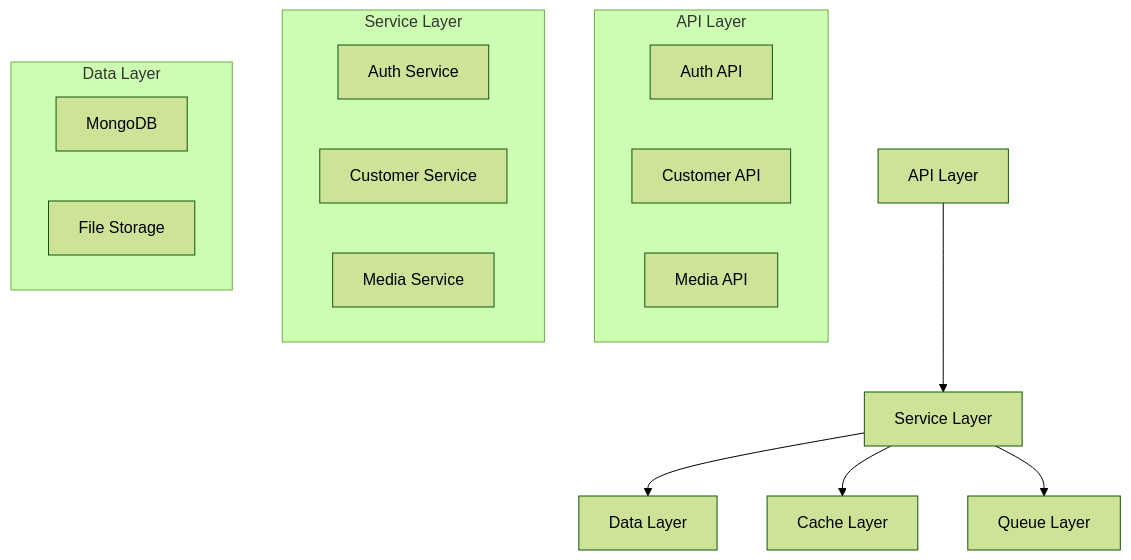
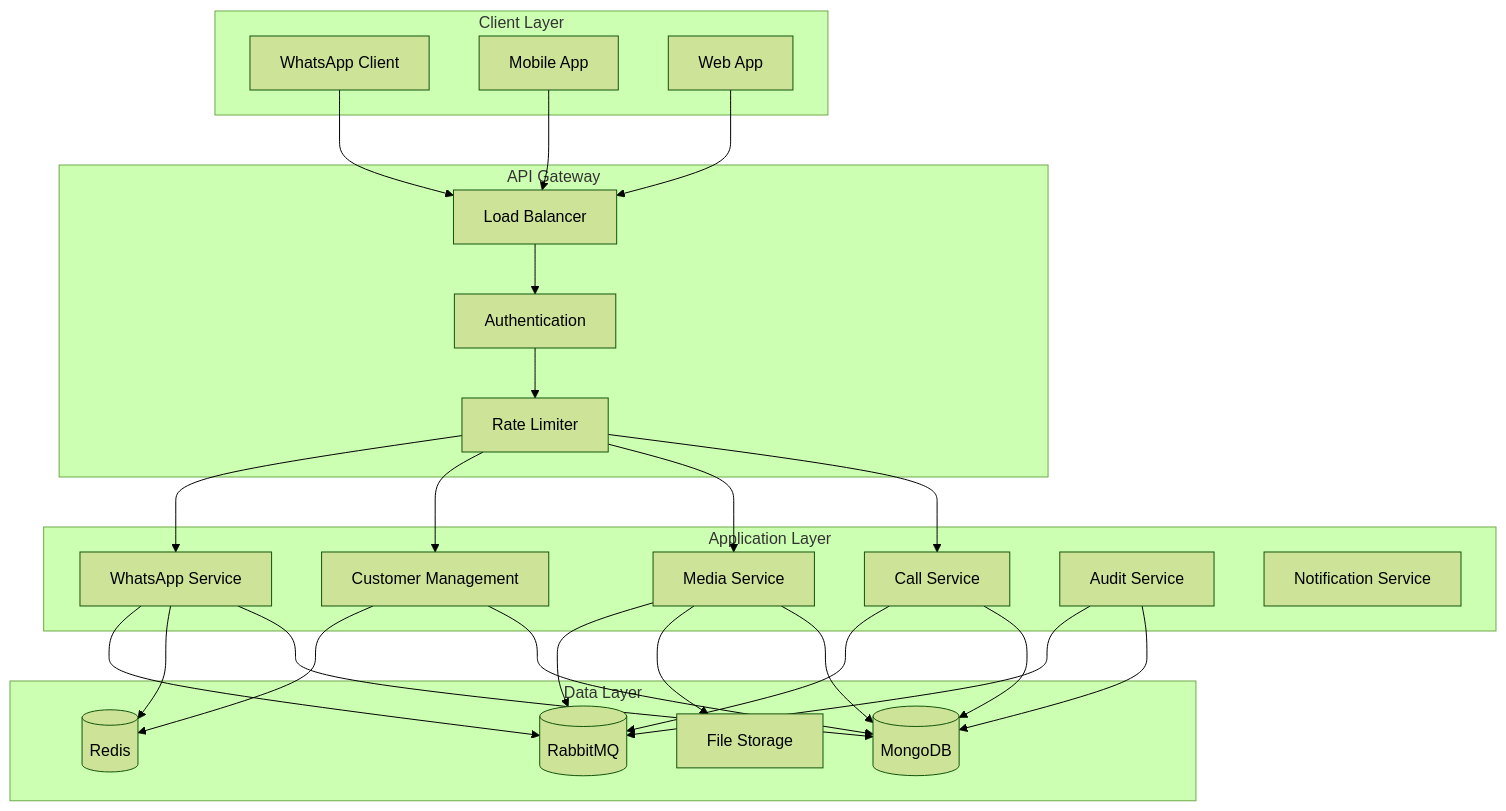
The first of 6 diagrams in README.md (solvejet/pixe-whatspp), drawn with Mermaid (forest theme) before and after one commit. The commit also changed other lines of this file, not shown here.

````diff
--- a/README.md
+++ b/README.md
@@ -69,24 +9,59 @@
 ```mermaid
-graph TB
-    A[API Layer] --> B[Service Layer]
-    B --> C[Data Layer]
-    B --> D[Cache Layer]
-    B --> E[Queue Layer]
-
-    subgraph API[API Layer]
-        A1[Auth API]
-        A2[Customer API]
-        A3[Media API]
+flowchart TB
+    subgraph Client Layer
+        WA[WhatsApp Client]
+        MA[Mobile App]
+        WEB[Web App]
     end
 
-    subgraph Services[Service Layer]
-        B1[Auth Service]
-        B2[Customer Service]
-        B3[Media Service]
+    subgraph API Gateway
+        LB[Load Balancer]
+        AUTH[Authentication]
+        RATE[Rate Limiter]
     end
 
-    subgraph Data[Data Layer]
-        C1[MongoDB]
-        C2[File Storage]
+    subgraph Application Layer
+        WAS[WhatsApp Service]
+        CMS[Customer Management]
+        MES[Media Service]
+        CAS[Call Service]
+        AUS[Audit Service]
+        NOS[Notification Service]
     end
+
+    subgraph Data Layer
+        MDB[(MongoDB)]
+        RDS[(Redis)]
+        RMQ[(RabbitMQ)]
+        FS[File Storage]
+    end
+
+    WA --> LB
+    MA --> LB
+    WEB --> LB
+
+    LB --> AUTH
+    AUTH --> RATE
+
+    RATE --> WAS
+    RATE --> CMS
+    RATE --> MES
+    RATE --> CAS
+
+    WAS --> RMQ
+    WAS --> RDS
+    WAS --> MDB
+
+    CMS --> RDS
+    CMS --> MDB
+
+    MES --> RMQ
+    MES --> FS
+    MES --> MDB
+
+    CAS --> RMQ
+    CAS --> MDB
+
+    AUS --> RMQ
+    AUS --> MDB
 ```
````
